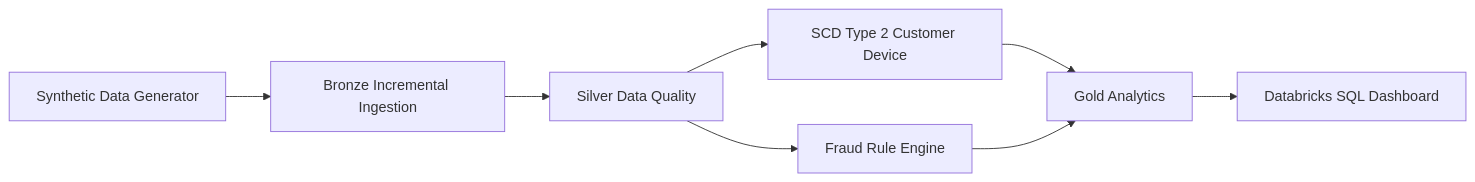
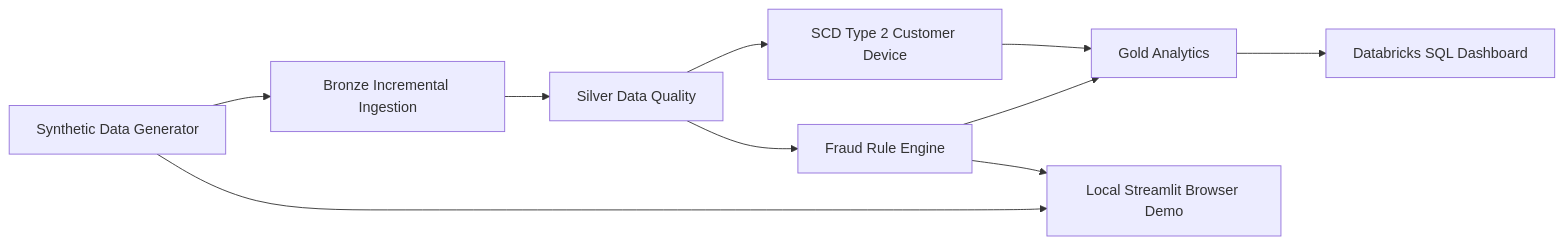
The diagram in README.md (nidhi2025-arch/upi-sentinel-lakehouse), drawn with Mermaid before and after one commit. The commit also changed other lines of this file and 3 other files, not shown here.

Commit message:
Add local Streamlit browser demo

````diff
--- a/README.md
+++ b/README.md
@@ -26,10 +26,12 @@
 ```mermaid
 flowchart LR
   A[Synthetic Data Generator] --> B[Bronze Incremental Ingestion]
   B --> C[Silver Data Quality]
   C --> D[SCD Type 2 Customer Device]
   C --> E[Fraud Rule Engine]
   D --> F[Gold Analytics]
   E --> F
   F --> G[Databricks SQL Dashboard]
+  A --> H[Local Streamlit Browser Demo]
+  E --> H
 ```
````
